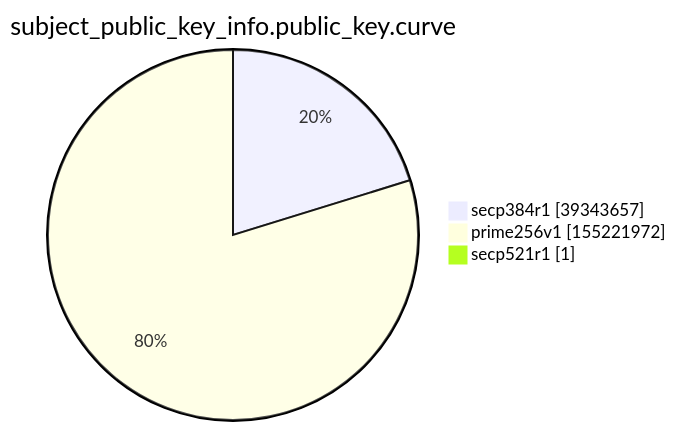
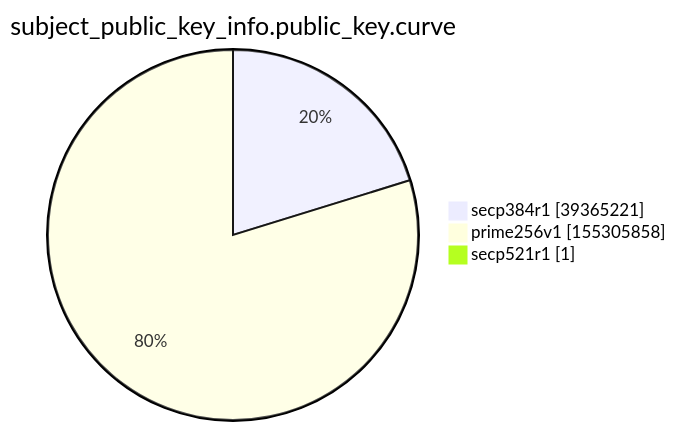
Before and after one commit to christiankrug/ctmonitor_visualization: the ninth of 15 diagrams in xenon2022/README.md, drawn with Mermaid. The commit also changed other lines of this file, not shown here.

````diff
--- a/xenon2022/README.md
+++ b/xenon2022/README.md
@@ -2865,7 +2865,7 @@
 ```mermaid
 pie showData
 title subject_public_key_info.public_key.curve
-"secp384r1" :39343657
-"prime256v1" :155221972
+"secp384r1" :39365221
+"prime256v1" :155305858
 "secp521r1" :1
 ```
````
